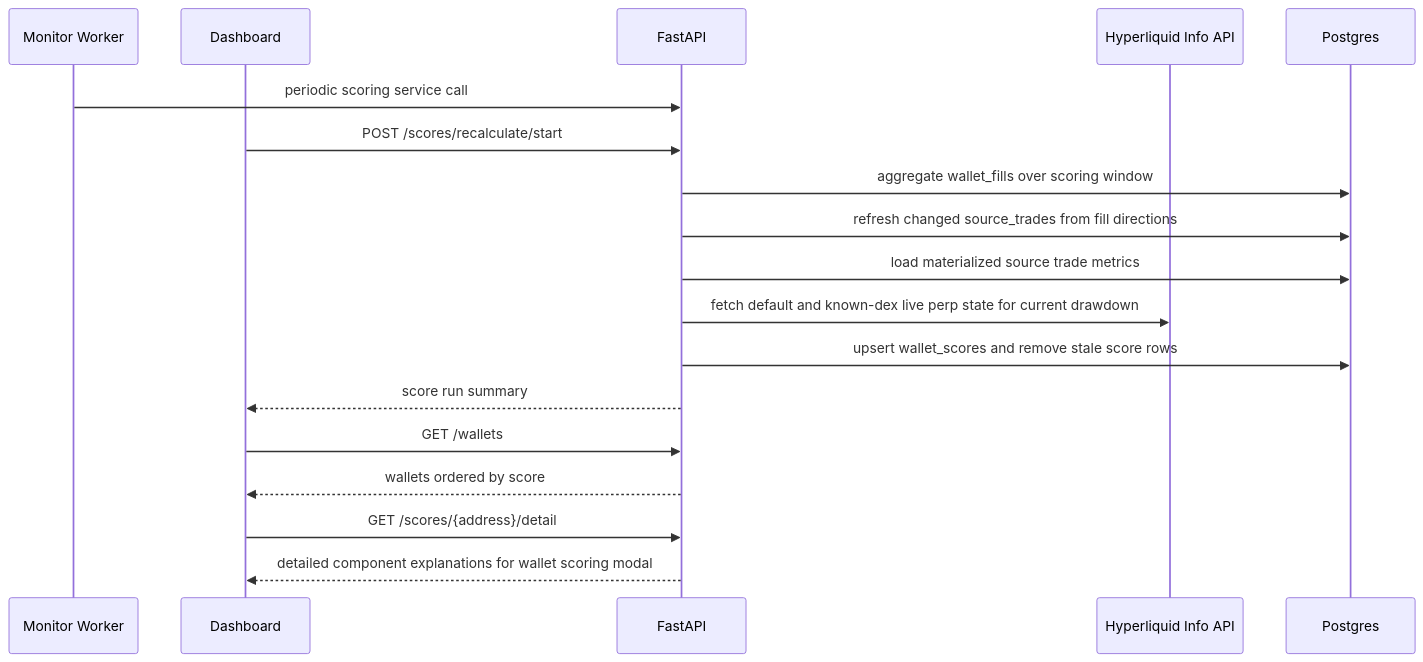
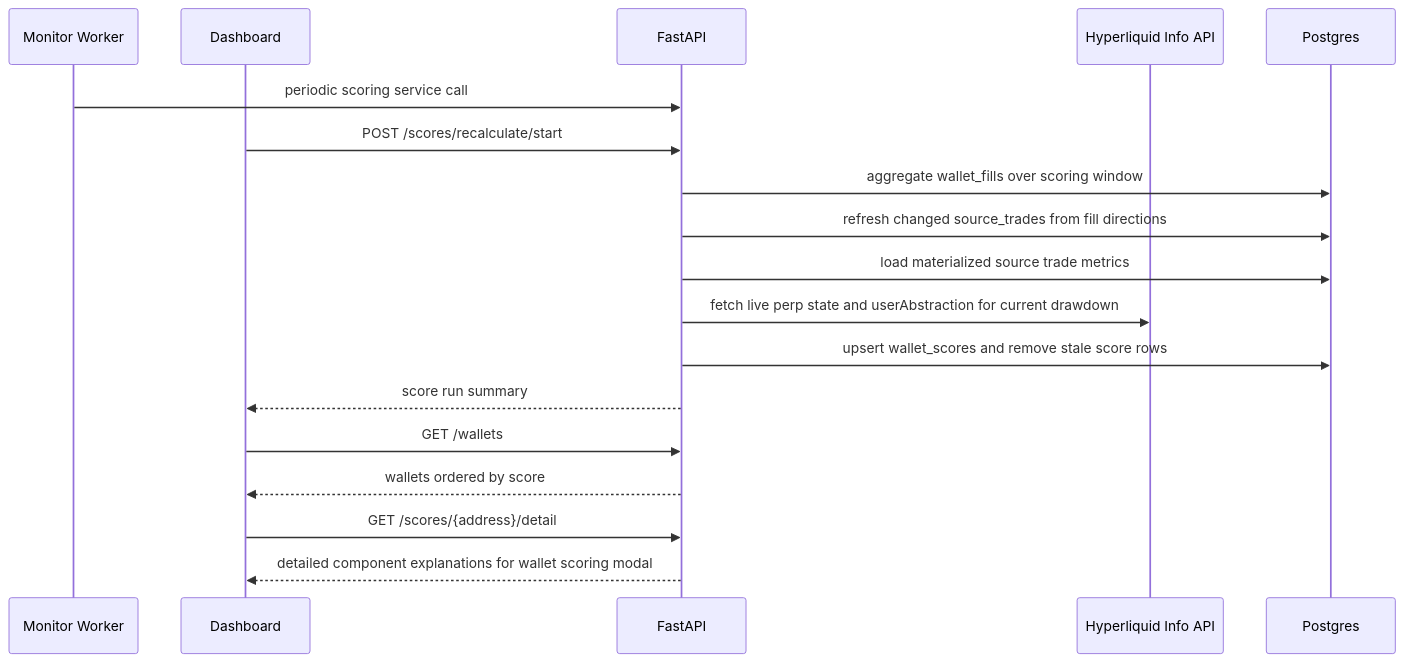
Before and after one commit to DrottPoker/copytrading-agent: the sixth of 10 diagrams in docs/architecture.md, drawn with Mermaid. The commit also changed other lines of this file and 10 other files, not shown here.

````diff
--- a/docs/architecture.md
+++ b/docs/architecture.md
@@ -381,21 +381,21 @@
 ```mermaid
 sequenceDiagram
   participant Worker as Monitor Worker
   participant UI as Dashboard
   participant API as FastAPI
   participant HL as Hyperliquid Info API
   participant DB as Postgres
 
   Worker->>API: periodic scoring service call
   UI->>API: POST /scores/recalculate/start
   API->>DB: aggregate wallet_fills over scoring window
   API->>DB: refresh changed source_trades from fill directions
   API->>DB: load materialized source trade metrics
-  API->>HL: fetch default and known-dex live perp state for current drawdown
+  API->>HL: fetch live perp state and userAbstraction for current drawdown
   API->>DB: upsert wallet_scores and remove stale score rows
   API-->>UI: score run summary
   UI->>API: GET /wallets
   API-->>UI: wallets ordered by score
   UI->>API: GET /scores/{address}/detail
   API-->>UI: detailed component explanations for wallet scoring modal
 ```
````
